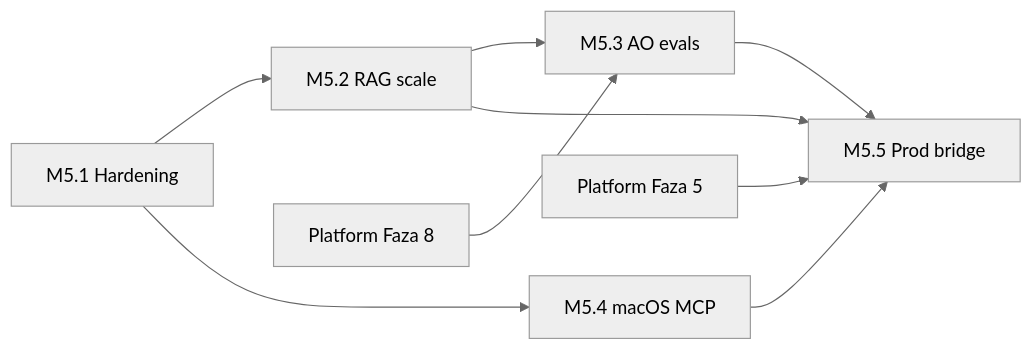
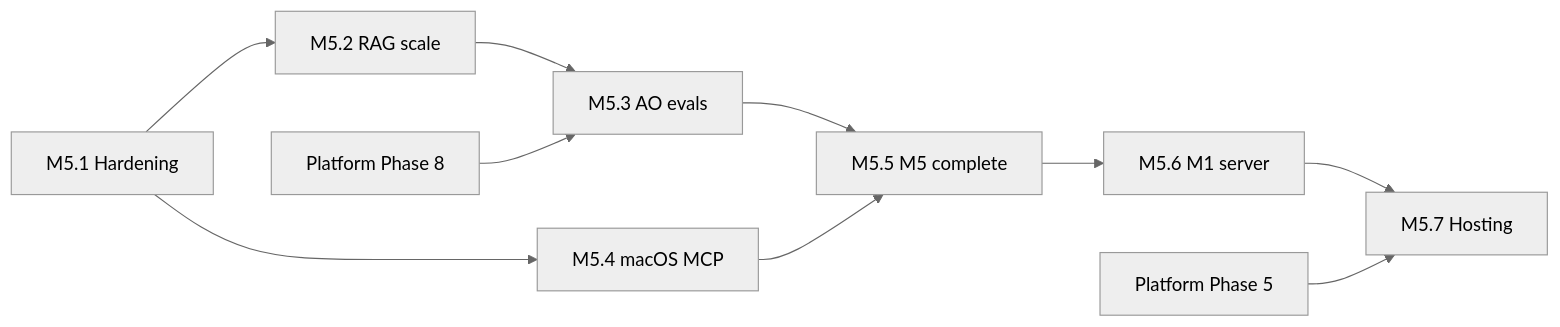
One commit to octadecimal-agents/octadecimal.pro changed the diagram in docs/planning/workspace-mvp-roadmap.md. Above: the diagram before and after it, drawn with Mermaid (neutral theme). The commit also changed other lines of this file and 17 other files, not shown here.

First line of the commit message:
docs(workspace): realign roadmap for M5-only dev strategy

````diff
--- a/docs/planning/workspace-mvp-roadmap.md
+++ b/docs/planning/workspace-mvp-roadmap.md
@@ -204,19 +130,22 @@
 ```mermaid
 flowchart LR
     M51[M5.1 Hardening]
     M52[M5.2 RAG scale]
     M53[M5.3 AO evals]
     M54[M5.4 macOS MCP]
-    M55[M5.5 Prod bridge]
-    P5[Platform Faza 5]
-    P8[Platform Faza 8]
+    M55[M5.5 M5 complete]
+    M56[M5.6 M1 server]
+    M57[M5.7 Hosting]
+    P5[Platform Phase 5]
+    P8[Platform Phase 8]
 
     M51 --> M52
     M51 --> M54
     M52 --> M53
     M53 --> M55
     M54 --> M55
-    M52 --> M55
-    P5 --> M55
+    M55 --> M56
+    M56 --> M57
+    P5 --> M57
     P8 --> M53
 ```
````
